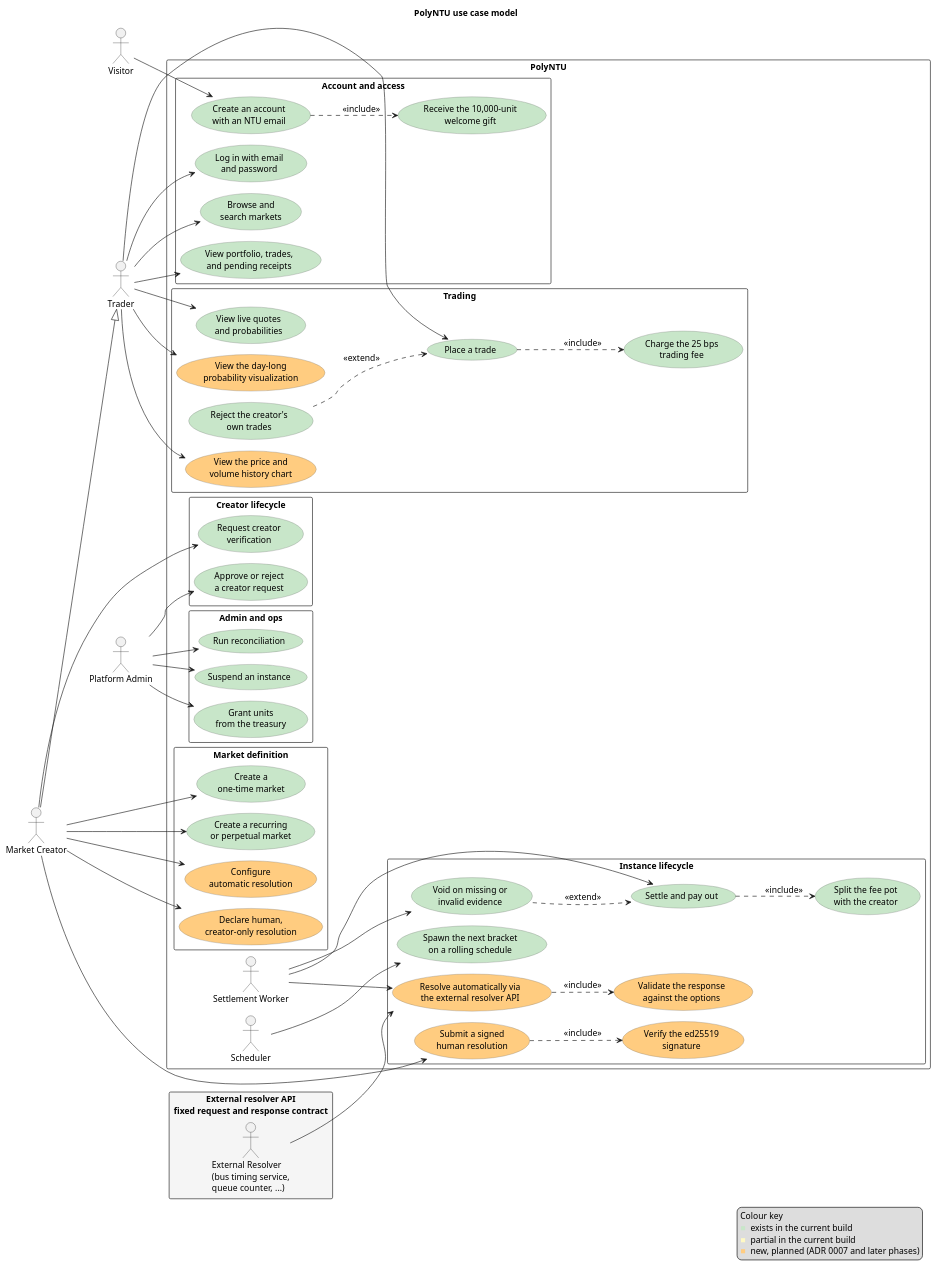
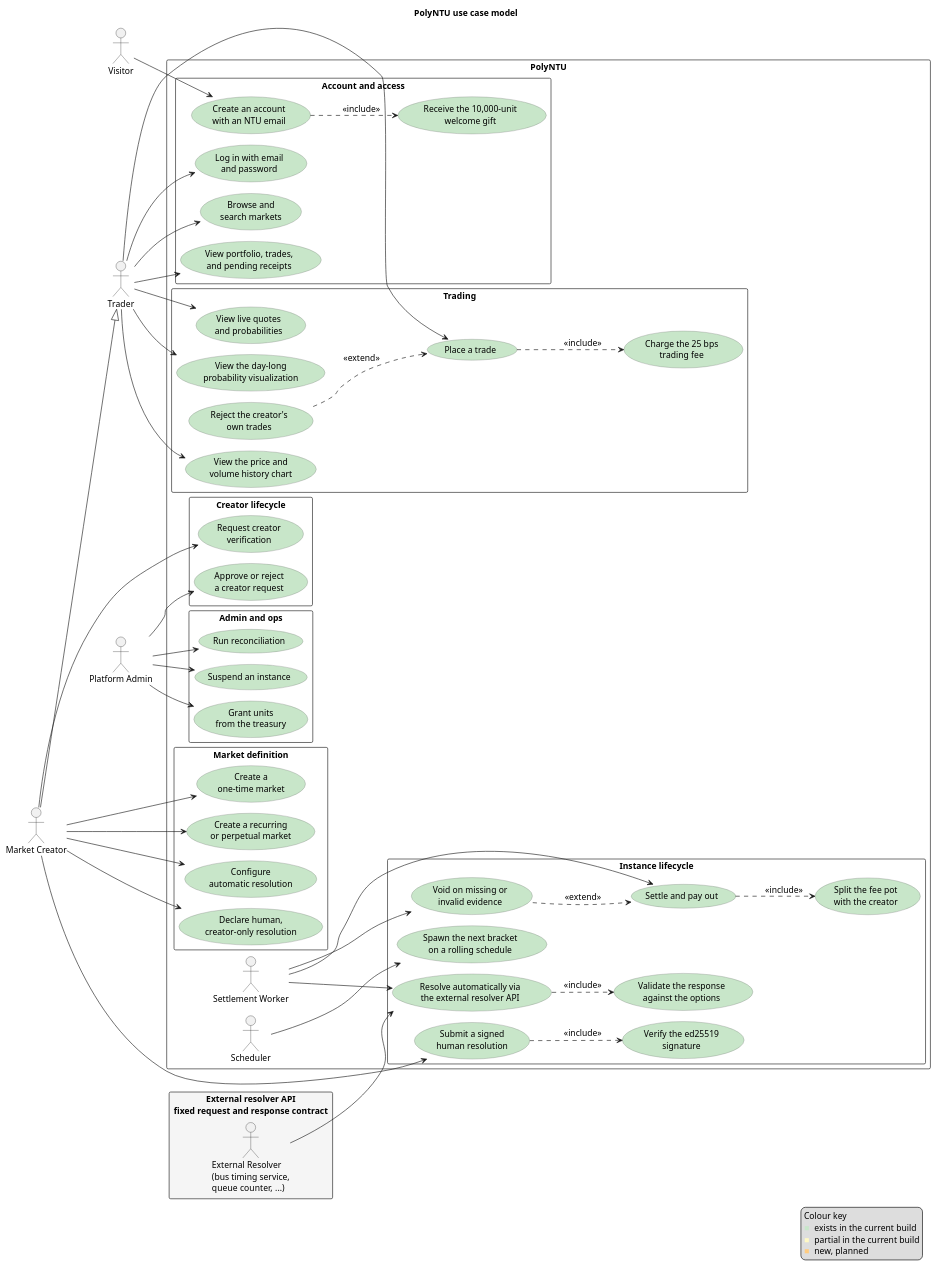
The diagram in docs/diagrams/use-case.puml (sagar2377/PolyNTU), drawn with PlantUML before and after one commit. The commit also changed 15 other files, not shown here.

Commit message:
Document the resolution and market experience phases and accept ADR 0007

```diff
--- a/docs/diagrams/use-case.puml
+++ b/docs/diagrams/use-case.puml
@@ -1,114 +1,114 @@
 @startuml
 !pragma layout smetana
 left to right direction
 skinparam packageStyle rectangle
 skinparam shadowing false
 skinparam defaultFontSize 14
 skinparam usecaseBorderColor #7A7A7A
 skinparam arrowFontSize 14
 skinparam legendFontSize 14
 title PolyNTU use case model
 
 actor Visitor
 actor Trader
 actor "Market Creator" as Creator
 Creator --|> Trader
 actor "Platform Admin" as Admin
 
 rectangle "PolyNTU" {
   actor "Scheduler" as Scheduler
   actor "Settlement Worker" as Worker
 
   package "Account and access" {
     usecase "Create an account\nwith an NTU email" as UC1 #C8E6C9
     usecase "Log in with email\nand password" as UC2 #C8E6C9
     usecase "Receive the 10,000-unit\nwelcome gift" as UC3 #C8E6C9
     usecase "View portfolio, trades,\nand pending receipts" as UC4 #C8E6C9
     usecase "Browse and\nsearch markets" as UC5 #C8E6C9
   }
 
   package "Creator lifecycle" {
     usecase "Request creator\nverification" as UC6 #C8E6C9
     usecase "Approve or reject\na creator request" as UC7 #C8E6C9
   }
 
   package "Market definition" {
     usecase "Create a\none-time market" as UC8 #C8E6C9
     usecase "Create a recurring\nor perpetual market" as UC9 #C8E6C9
-    usecase "Configure\nautomatic resolution" as UC10 #FFCC80
-    usecase "Declare human,\ncreator-only resolution" as UC11 #FFCC80
+    usecase "Configure\nautomatic resolution" as UC10 #C8E6C9
+    usecase "Declare human,\ncreator-only resolution" as UC11 #C8E6C9
   }
 
   package "Instance lifecycle" {
     usecase "Spawn the next bracket\non a rolling schedule" as UC12 #C8E6C9
-    usecase "Resolve automatically via\nthe external resolver API" as UC13 #FFCC80
-    usecase "Validate the response\nagainst the options" as UC13a #FFCC80
-    usecase "Submit a signed\nhuman resolution" as UC14 #FFCC80
-    usecase "Verify the ed25519\nsignature" as UC14a #FFCC80
+    usecase "Resolve automatically via\nthe external resolver API" as UC13 #C8E6C9
+    usecase "Validate the response\nagainst the options" as UC13a #C8E6C9
+    usecase "Submit a signed\nhuman resolution" as UC14 #C8E6C9
+    usecase "Verify the ed25519\nsignature" as UC14a #C8E6C9
     usecase "Settle and pay out" as UC15 #C8E6C9
     usecase "Split the fee pot\nwith the creator" as UC16 #C8E6C9
     usecase "Void on missing or\ninvalid evidence" as UC17 #C8E6C9
   }
 
   package "Trading" {
     usecase "View live quotes\nand probabilities" as UC18 #C8E6C9
-    usecase "View the price and\nvolume history chart" as UC19 #FFCC80
+    usecase "View the price and\nvolume history chart" as UC19 #C8E6C9
     usecase "Place a trade" as UC20 #C8E6C9
     usecase "Charge the 25 bps\ntrading fee" as UC20a #C8E6C9
     usecase "Reject the creator's\nown trades" as UC20b #C8E6C9
-    usecase "View the day-long\nprobability visualization" as UC21 #FFCC80
+    usecase "View the day-long\nprobability visualization" as UC21 #C8E6C9
   }
 
   package "Admin and ops" {
     usecase "Suspend an instance" as UC22 #C8E6C9
     usecase "Grant units\nfrom the treasury" as UC23 #C8E6C9
     usecase "Run reconciliation" as UC24 #C8E6C9
   }
 }
 
 rectangle "External resolver API\nfixed request and response contract" as ResolverBoundary #F5F5F5 {
   actor "External Resolver\n(bus timing service,\nqueue counter, ...)" as Resolver
 }
 
 Visitor --> UC1
 Trader --> UC2
 Trader --> UC4
 Trader --> UC5
 Trader --> UC18
 Trader --> UC19
 Trader --> UC20
 Trader --> UC21
 
 Creator --> UC6
 Creator --> UC8
 Creator --> UC9
 Creator --> UC10
 Creator --> UC11
 Creator --> UC14
 
 Admin --> UC7
 Admin --> UC22
 Admin --> UC23
 Admin --> UC24
 
 Scheduler --> UC12
 Worker --> UC13
 Worker --> UC15
 Worker --> UC17
 Resolver --> UC13
 
 UC1 ..> UC3 : <<include>>
 UC13 ..> UC13a : <<include>>
 UC14 ..> UC14a : <<include>>
 UC15 ..> UC16 : <<include>>
 UC20 ..> UC20a : <<include>>
 UC17 ..> UC15 : <<extend>>
 UC20b ..> UC20 : <<extend>>
 
 legend right
   Colour key
   <color:#C8E6C9>■</color> exists in the current build
   <color:#FFF9C4>■</color> partial in the current build
-  <color:#FFCC80>■</color> new, planned (ADR 0007 and later phases)
+  <color:#FFCC80>■</color> new, planned
 endlegend
 @enduml
```
